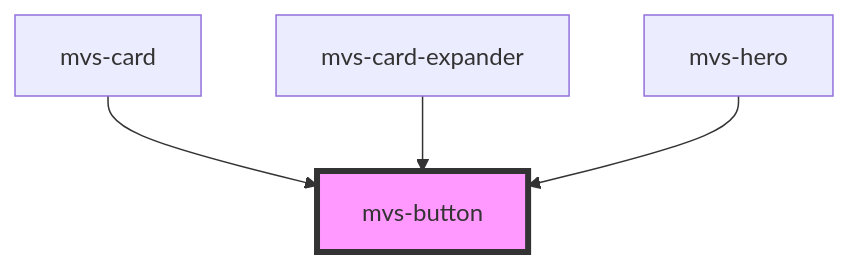
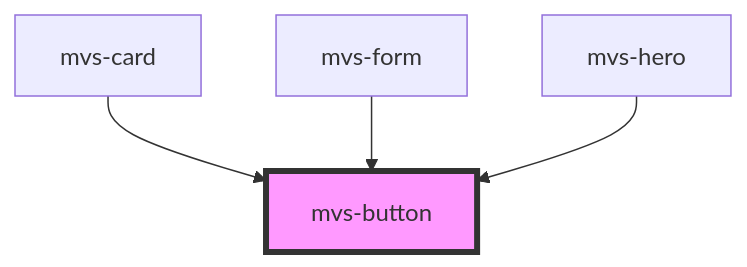
The diagram in src/components/inputs/mvs-button/readme.md (rafaela-vairo/mvs-design-system), drawn with Mermaid before and after one commit. The commit also changed other lines of this file and 11 other files, not shown here.

````diff
--- a/src/components/inputs/mvs-button/readme.md
+++ b/src/components/inputs/mvs-button/readme.md
@@ -28,7 +28,7 @@
 ```mermaid
 graph TD;
   mvs-card --> mvs-button
-  mvs-card-expander --> mvs-button
+  mvs-form --> mvs-button
   mvs-hero --> mvs-button
   style mvs-button fill:#f9f,stroke:#333,stroke-width:4px
 ```
````
